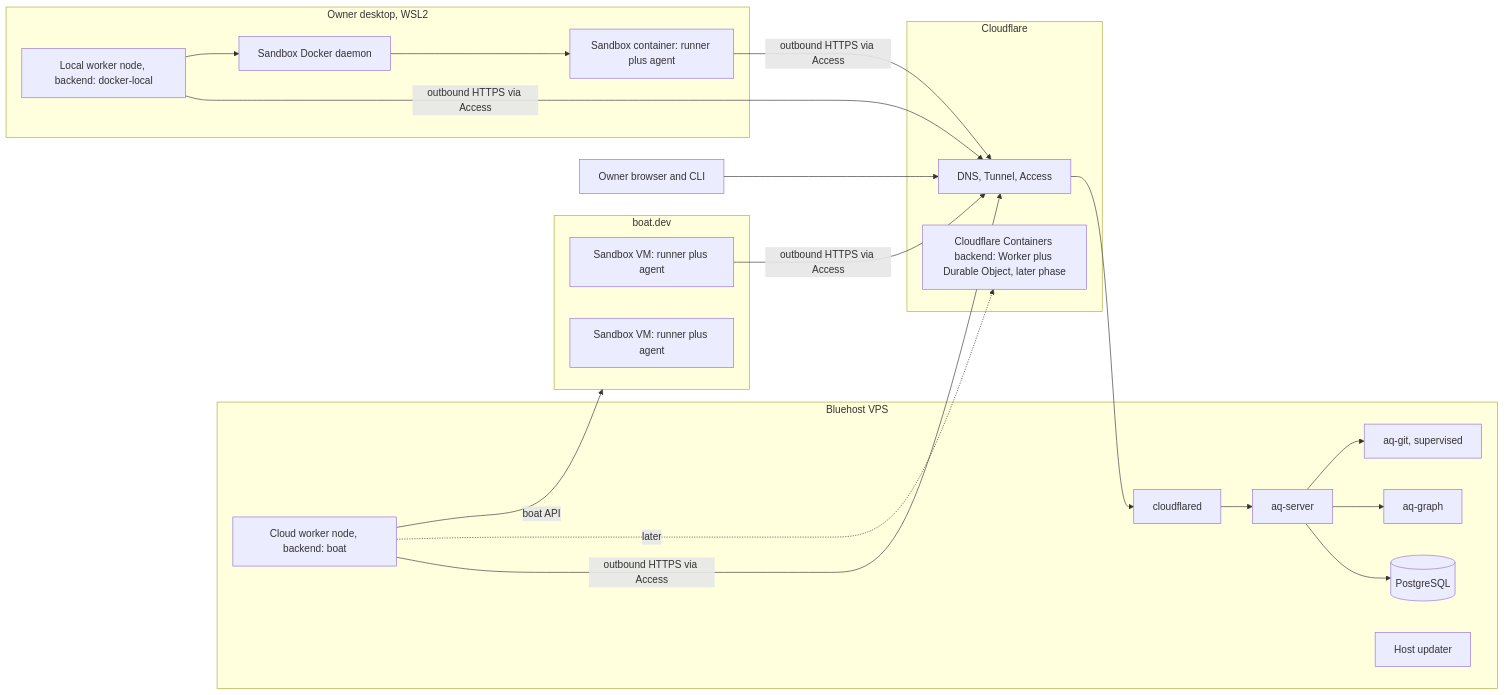
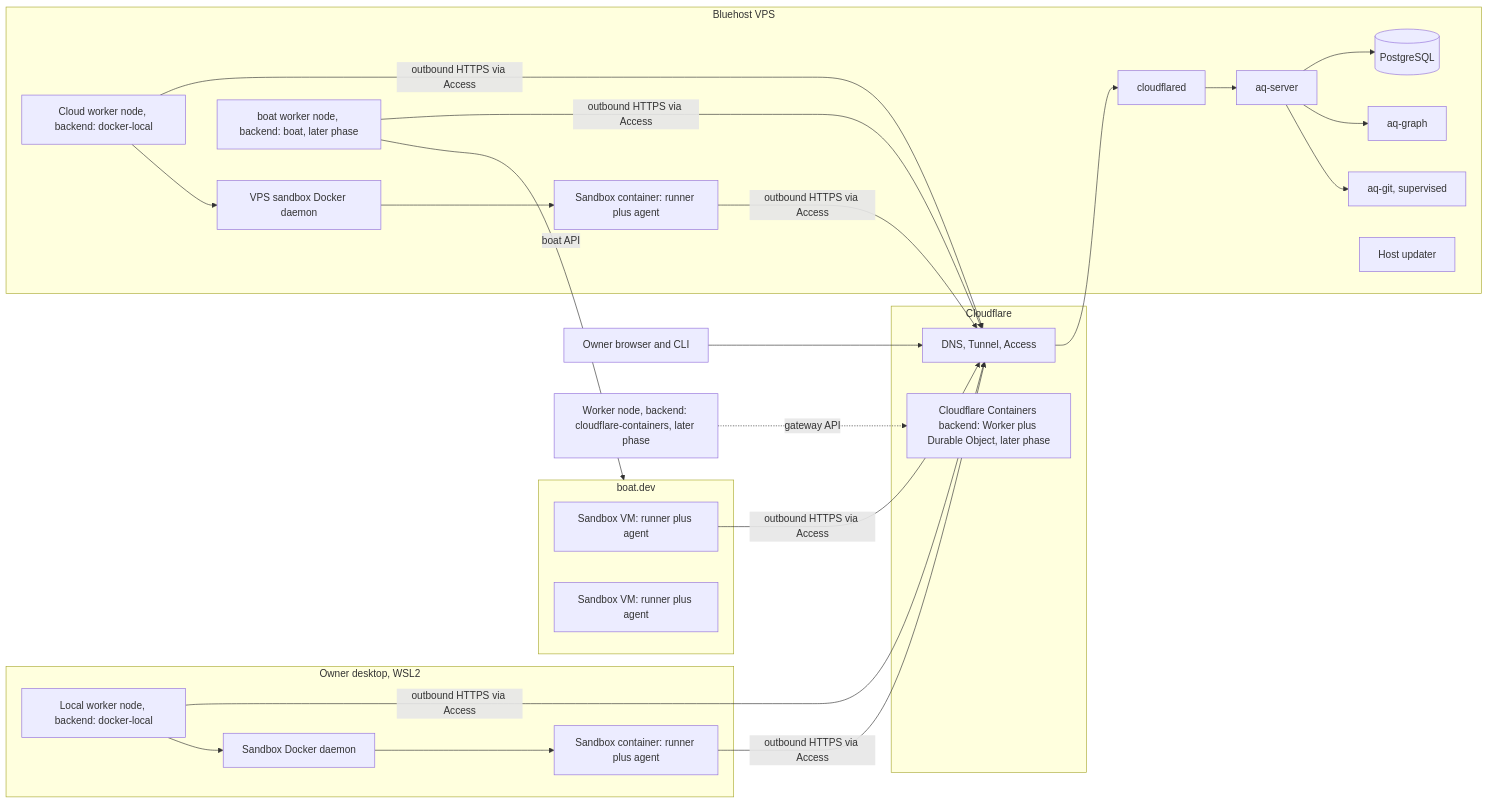
The diagram in docs/architecture/0005-sandboxed-execution-and-deployment-topology.md (ElectricJack/agent-q), drawn with Mermaid before and after one commit. The commit also changed other lines of this file and 1 other file, not shown here.

First line of the commit message:
docs: reconcile 0005 cloud-worker topology with staged rollout

````diff
--- a/docs/architecture/0005-sandboxed-execution-and-deployment-topology.md
+++ b/docs/architecture/0005-sandboxed-execution-and-deployment-topology.md
@@ -60,32 +60,38 @@
 ```mermaid
 flowchart LR
     subgraph CF[Cloudflare]
         Access[DNS, Tunnel, Access]
         CFC[Cloudflare Containers backend: Worker plus Durable Object, later phase]
     end
     subgraph VPS[Bluehost VPS]
         cloudflared --> Server[aq-server]
         Server --> PG[(PostgreSQL)]
         Server --> Graph[aq-graph]
         Server --> Git[aq-git, supervised]
-        CW[Cloud worker node, backend: boat]
+        CW[Cloud worker node, backend: docker-local]
+        VSD[VPS sandbox Docker daemon]
+        V1[Sandbox container: runner plus agent]
+        BW[boat worker node, backend: boat, later phase]
         Updater[Host updater]
     end
     subgraph Boat[boat.dev]
         B1[Sandbox VM: runner plus agent]
         B2[Sandbox VM: runner plus agent]
     end
     subgraph Desk[Owner desktop, WSL2]
         LW[Local worker node, backend: docker-local]
         SD[Sandbox Docker daemon]
         L1[Sandbox container: runner plus agent]
     end
     Browser[Owner browser and CLI] --> Access --> cloudflared
     CW -->|outbound HTTPS via Access| Access
     LW -->|outbound HTTPS via Access| Access
+    BW -->|outbound HTTPS via Access| Access
+    V1 -->|outbound HTTPS via Access| Access
     B1 -->|outbound HTTPS via Access| Access
     L1 -->|outbound HTTPS via Access| Access
-    CW -->|boat API| Boat
+    CW --> VSD --> V1
+    BW -->|boat API| Boat
     LW --> SD --> L1
-    CW -.->|later| CFC
+    CFW[Worker node, backend: cloudflare-containers, later phase] -.->|gateway API| CFC
 ```
````
